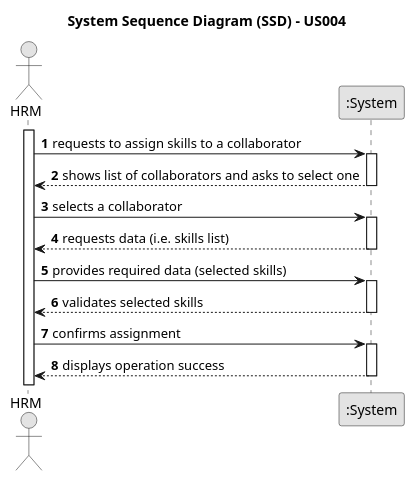
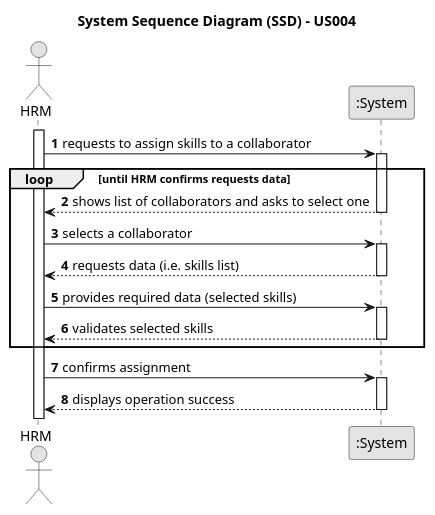
The diagram in docs/sprintA/us004/01.requirements-engineering/puml/us004-system-sequence-diagram-alternative-one.puml (ricardomm7/leaflink), drawn with PlantUML before and after one commit. The commit also changed 7 other files, not shown here.

```diff
--- a/docs/sprintA/us004/01.requirements-engineering/puml/us004-system-sequence-diagram-alternative-one.puml
+++ b/docs/sprintA/us004/01.requirements-engineering/puml/us004-system-sequence-diagram-alternative-one.puml
@@ -1,38 +1,38 @@
 @startuml
 skinparam monochrome true
 skinparam packageStyle rectangle
 skinparam shadowing false
 
 title System Sequence Diagram (SSD) - US004
 
 autonumber
 
 actor "HRM" as HRM
 participant ":System" as System
 
 activate HRM
 
     HRM -> System : requests to assign skills to a collaborator
     activate System
-
+loop until HRM confirms requests data
         System --> HRM : shows list of collaborators and asks to select one
     deactivate System
 
     HRM -> System : selects a collaborator
     activate System
 
         System --> HRM : requests data (i.e. skills list)
     deactivate System
 
     HRM -> System : provides required data (selected skills)
     activate System
 
         System --> HRM : validates selected skills
     deactivate System
-
+end
     HRM -> System : confirms assignment
     activate System
 
         System --> HRM : displays operation success
     deactivate System
 @enduml
```
